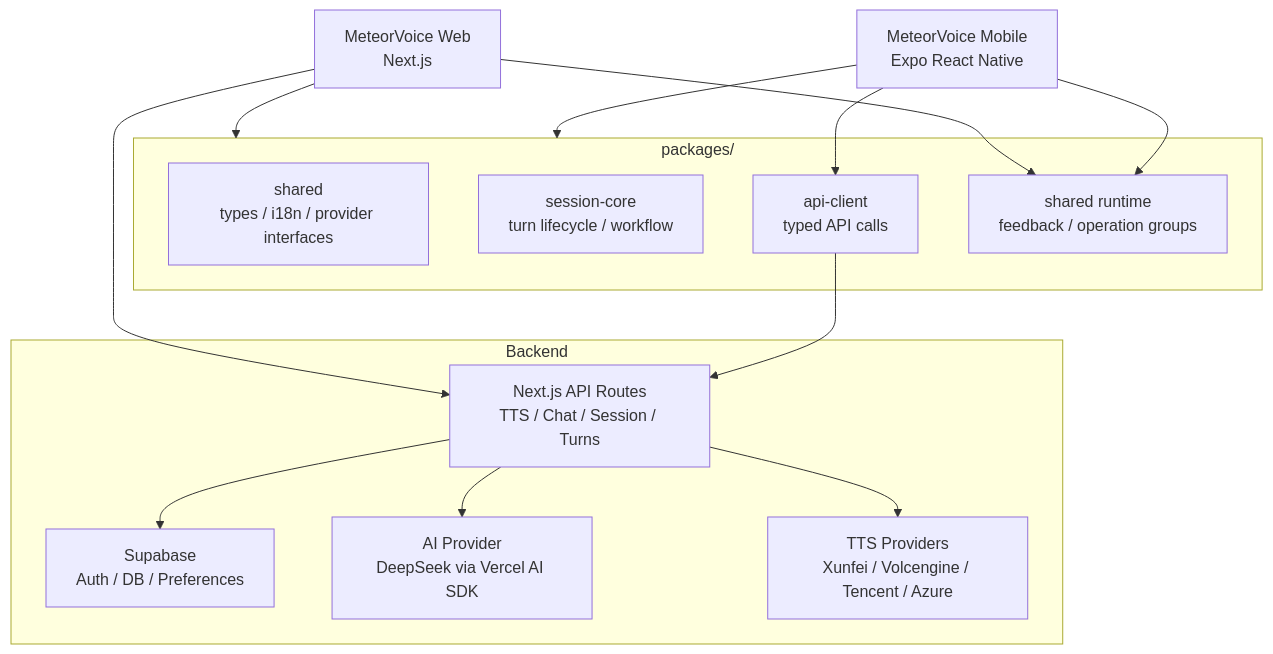
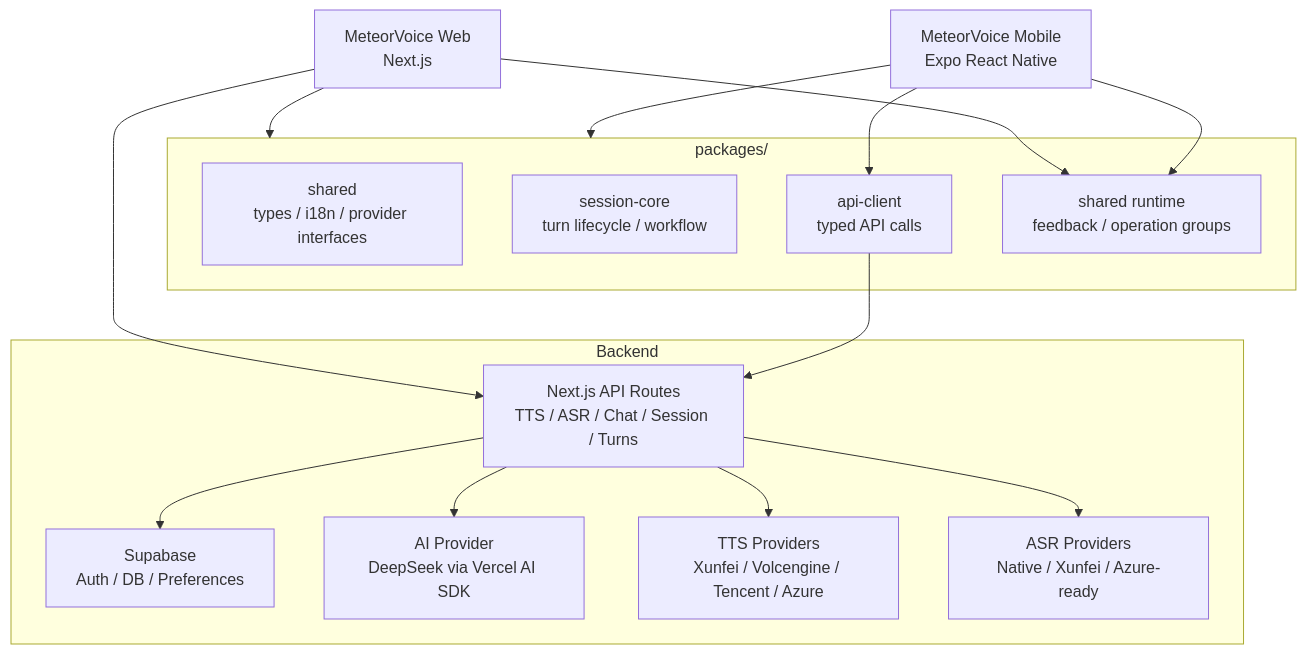
Before and after one commit to JunchenMeteor/MeteorVoice: the second of 3 diagrams in README.md, drawn with Mermaid. The commit also changed other lines of this file and 14 other files, not shown here.

````diff
--- a/README.md
+++ b/README.md
@@ -83,30 +86,32 @@
 ```mermaid
 flowchart TB
     Web[MeteorVoice Web<br/>Next.js]
     Mobile[MeteorVoice Mobile<br/>Expo React Native]
 
     subgraph Platform[Backend]
-        API[Next.js API Routes<br/>TTS / Chat / Session / Turns]
+        API[Next.js API Routes<br/>TTS / ASR / Chat / Session / Turns]
         Supabase[Supabase<br/>Auth / DB / Preferences]
         AI[AI Provider<br/>DeepSeek via Vercel AI SDK]
         TTS[TTS Providers<br/>Xunfei / Volcengine / Tencent / Azure]
+        ASR[ASR Providers<br/>Native / Xunfei / Azure-ready]
     end
 
     subgraph Shared[packages/]
         SharedPkg[shared<br/>types / i18n / provider interfaces]
         SessionCore[session-core<br/>turn lifecycle / workflow]
         APIClient[api-client<br/>typed API calls]
         Runtime[shared runtime<br/>feedback / operation groups]
     end
 
     Web --> API
     Mobile --> APIClient
     APIClient --> API
     API --> Supabase
     API --> AI
     API --> TTS
+    API --> ASR
     Web --> Shared
     Mobile --> Shared
     Web --> Runtime
     Mobile --> Runtime
 ```
````
